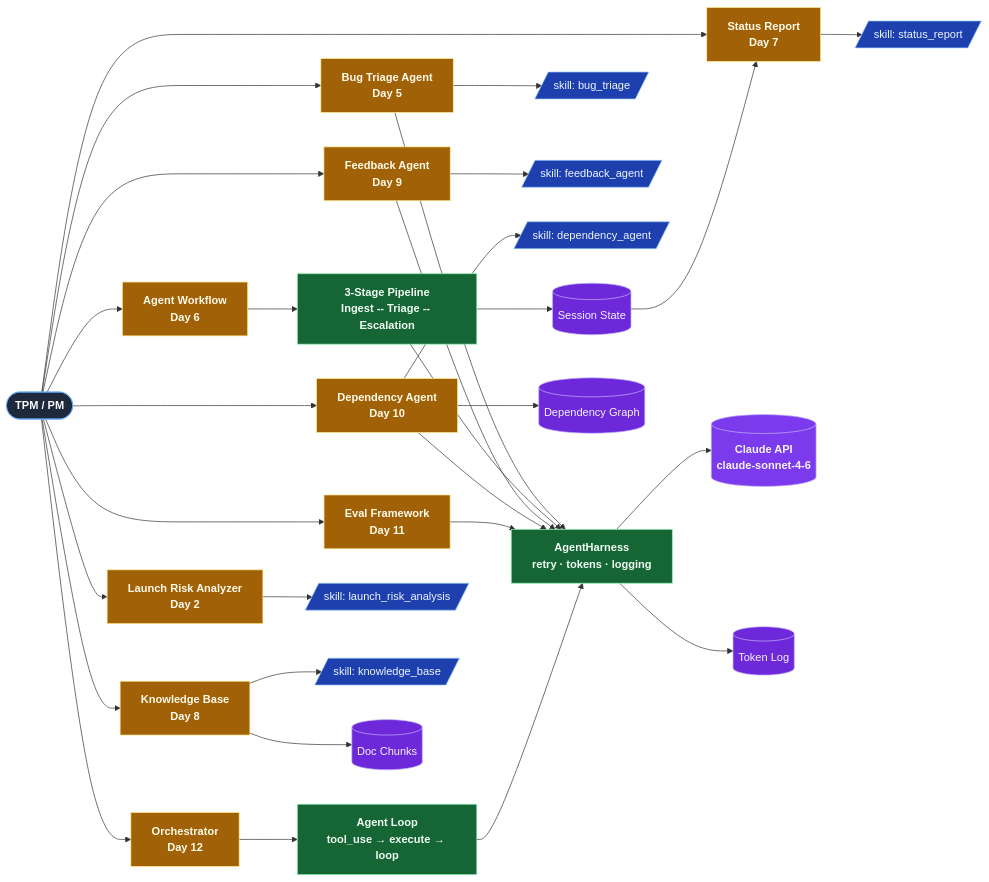
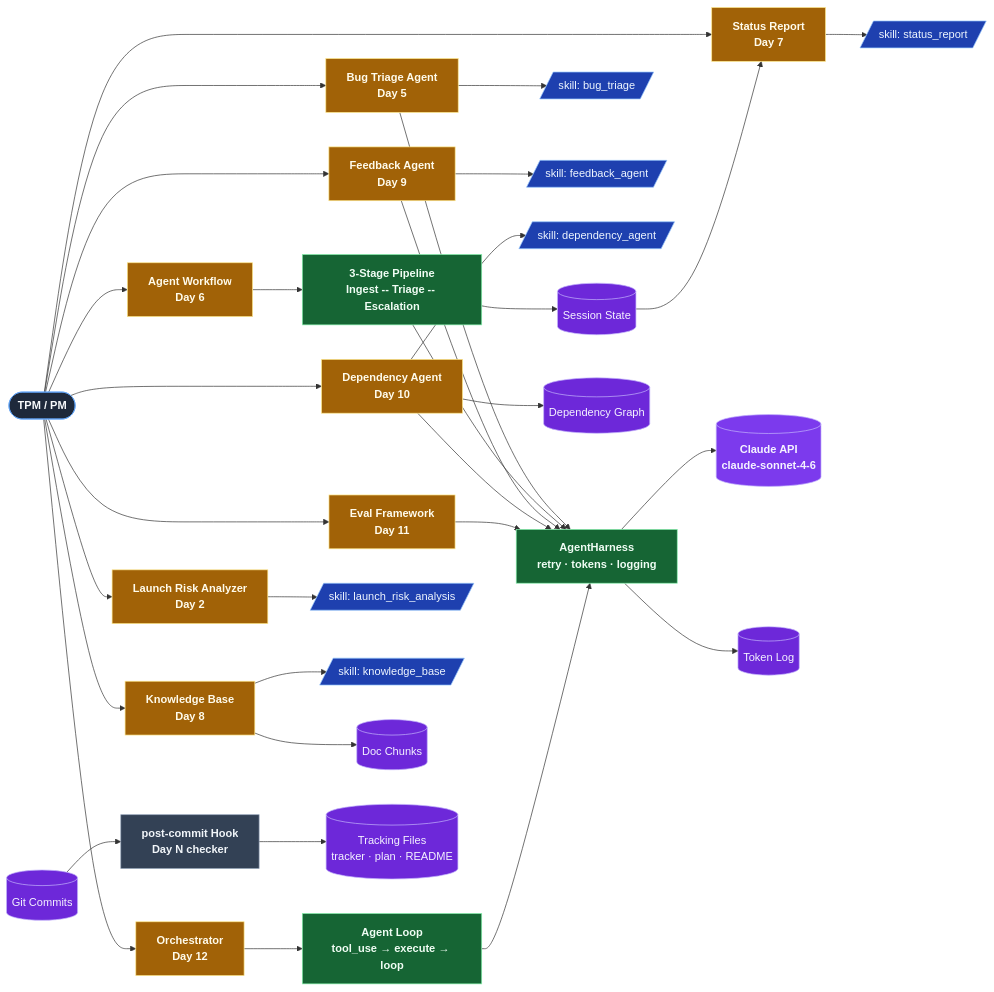
Before and after one commit to shwsingh/pm-tpm-ai-tools: the second of 2 diagrams in README.md, drawn with Mermaid.

Commit message:
Update architecture diagram: add git hook infrastructure nodes

````diff
--- a/README.md
+++ b/README.md
@@ -104,70 +104,78 @@
 ```mermaid
 flowchart LR
     User(["TPM / PM"]):::user
 
     LRA["Launch Risk Analyzer<br/>Day 2"]:::ui
     D5["Bug Triage Agent<br/>Day 5"]:::ui
     WF["Agent Workflow<br/>Day 6"]:::ui
     SR["Status Report<br/>Day 7"]:::ui
     KB["Knowledge Base<br/>Day 8"]:::ui
     FA["Feedback Agent<br/>Day 9"]:::ui
     DA["Dependency Agent<br/>Day 10"]:::ui
     EV["Eval Framework<br/>Day 11"]:::ui
     ORC["Orchestrator<br/>Day 12"]:::ui
 
     HARNESS["AgentHarness<br/>retry · tokens · logging"]:::agent
     PIPE["3-Stage Pipeline<br/>Ingest -- Triage -- Escalation"]:::agent
     LOOP["Agent Loop<br/>tool_use → execute → loop"]:::agent
 
     CLAUDE[("Claude API<br/>claude-sonnet-4-6")]:::llm
 
     S_LR[/"skill: launch_risk_analysis"/]:::skill
     S_BUG[/"skill: bug_triage"/]:::skill
     S_SR[/"skill: status_report"/]:::skill
     S_KB[/"skill: knowledge_base"/]:::skill
     S_FA[/"skill: feedback_agent"/]:::skill
     S_DA[/"skill: dependency_agent"/]:::skill
 
     SS[("Session State")]:::store
     CHUNKS[("Doc Chunks")]:::store
     DEPS[("Dependency Graph")]:::store
     TOKLOG[("Token Log")]:::store
 
+    HOOK["post-commit Hook<br/>Day N checker"]:::infra
+    TRACK[("Tracking Files<br/>tracker · plan · README")]:::store
+    GIT[("Git Commits")]:::store
+
     User --> LRA
     User --> D5
     User --> WF
     User --> SR
     User --> KB
     User --> FA
     User --> DA
     User --> EV
     User --> ORC
 
     LRA --> S_LR
     D5 --> HARNESS
     D5 --> S_BUG
     WF --> PIPE
     PIPE --> HARNESS
     FA --> HARNESS
     FA --> S_FA
     DA --> HARNESS
     DA --> S_DA
     DA --> DEPS
     EV --> HARNESS
     ORC --> LOOP
     LOOP --> HARNESS
     HARNESS --> CLAUDE
     HARNESS --> TOKLOG
     PIPE --> SS
     SS --> SR
     SR --> S_SR
     KB --> CHUNKS
     KB --> S_KB
 
+    GIT --> HOOK
+    HOOK --> TRACK
+
     classDef user fill:#1e293b,stroke:#60a5fa,color:#f8fafc,font-weight:bold
     classDef ui fill:#a16207,stroke:#fde68a,color:#fffbeb,font-weight:bold
     classDef agent fill:#166534,stroke:#86efac,color:#f0fdf4,font-weight:bold
     classDef skill fill:#1e40af,stroke:#93c5fd,color:#eff6ff
     classDef store fill:#6d28d9,stroke:#c4b5fd,color:#f5f3ff
     classDef llm fill:#7c3aed,stroke:#c4b5fd,color:#f5f3ff,font-weight:bold
+    classDef infra fill:#334155,stroke:#94a3b8,color:#f1f5f9,font-weight:bold
 ```
````
